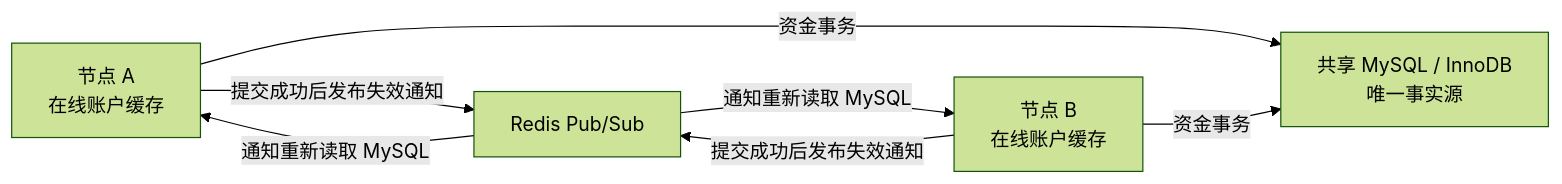
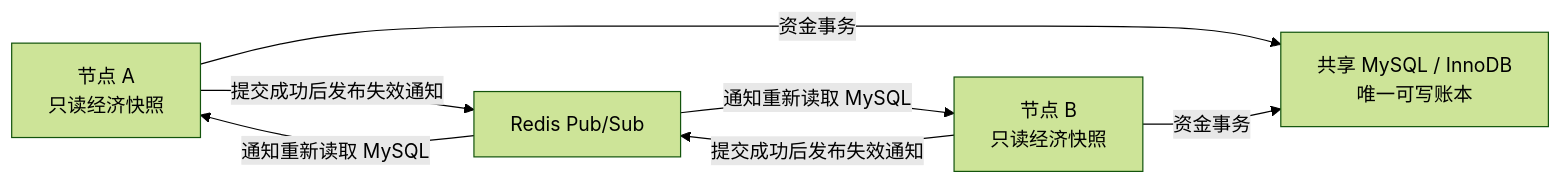
One commit to 17Artist/ArcartX-Wiki changed the diagram in content/docs/rondo/6_cross_server.mdx. Above: the diagram before and after it, drawn with Mermaid (forest theme). The commit also changed other lines of this file and 11 other files, not shown here.

````diff
--- a/content/docs/rondo/6_cross_server.mdx
+++ b/content/docs/rondo/6_cross_server.mdx
@@ -12,9 +12,9 @@
 ```mermaid
 flowchart LR
-    A["节点 A<br/>在线账户缓存"] -->|"资金事务"| M["共享 MySQL / InnoDB<br/>唯一事实源"]
-    B["节点 B<br/>在线账户缓存"] -->|"资金事务"| M
+    A["节点 A<br/>只读经济快照"] -->|"资金事务"| M["共享 MySQL / InnoDB<br/>唯一可写账本"]
+    B["节点 B<br/>只读经济快照"] -->|"资金事务"| M
     A -->|"提交成功后发布失效通知"| R["Redis Pub/Sub"]
     R -->|"通知重新读取 MySQL"| B
     B -->|"提交成功后发布失效通知"| R
     R -->|"通知重新读取 MySQL"| A
 ```
````
